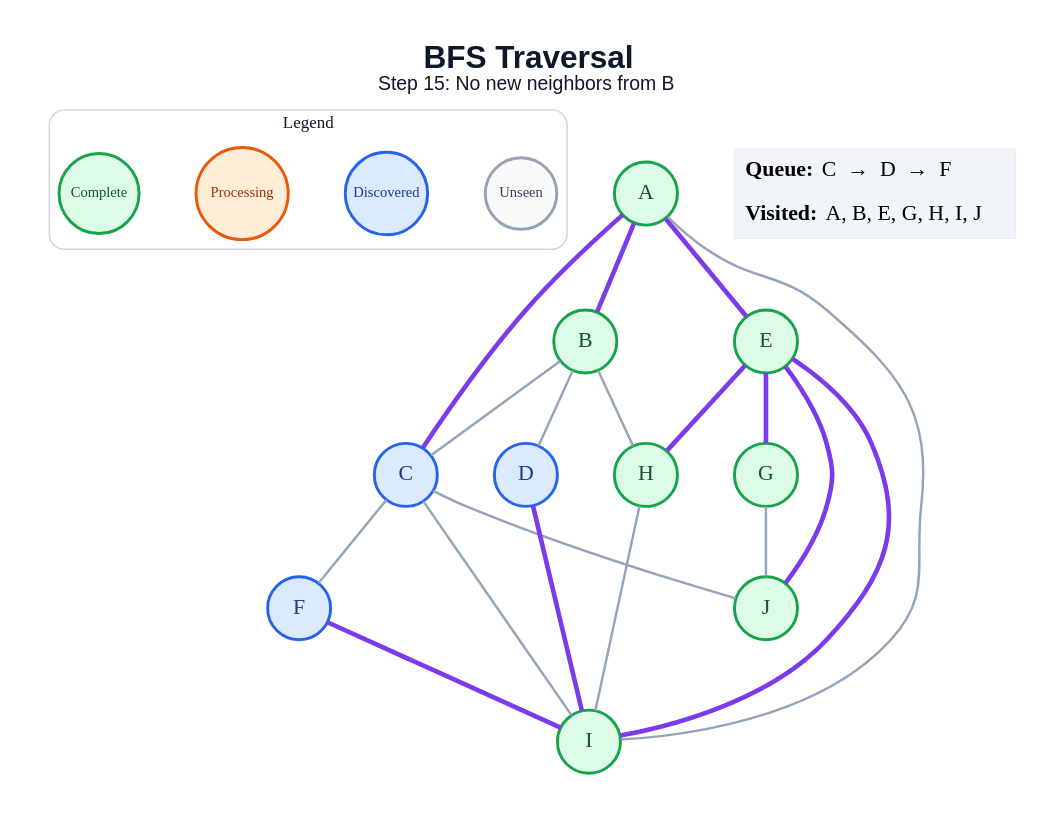
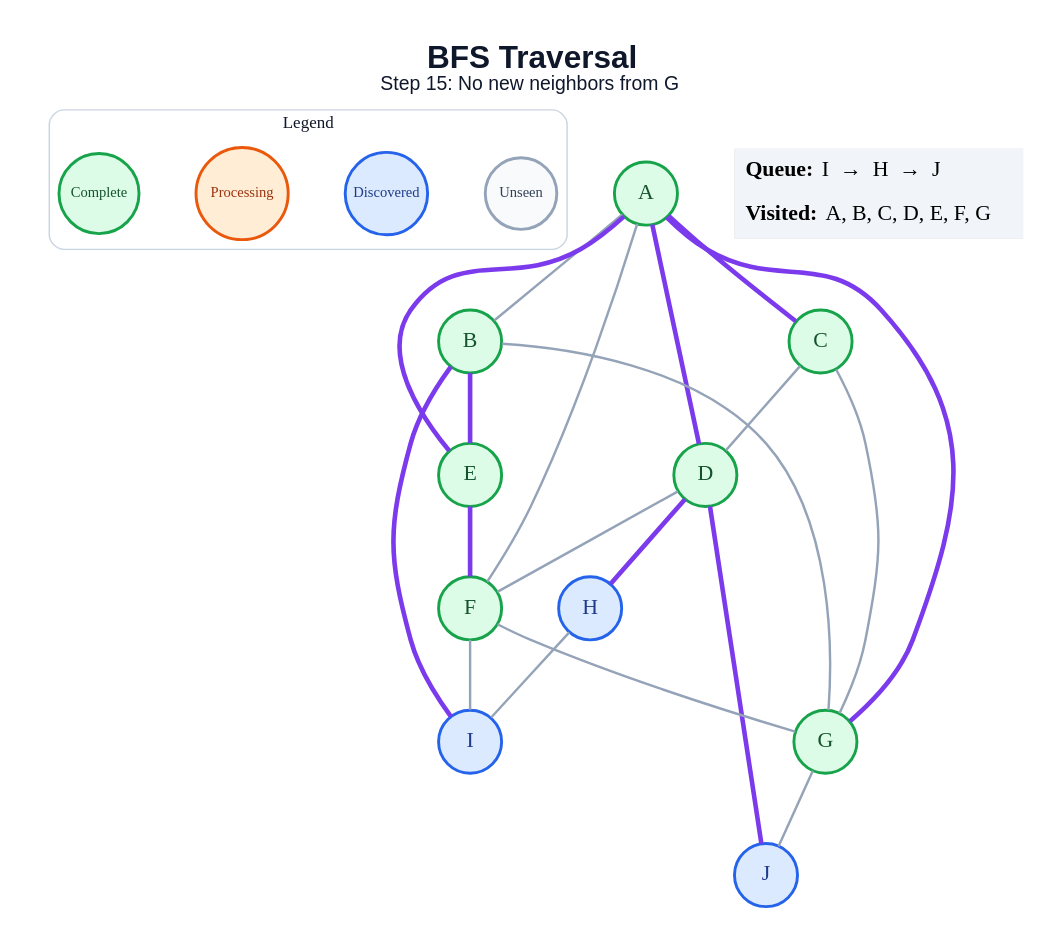
One commit to amanghodawala9/ai-slop changed the diagram in generated/specific-node/bfs/step_15.dot. Above: the diagram before and after it, drawn with Graphviz. The commit also changed 178 other files, not shown here.

```diff
--- a/generated/specific-node/bfs/step_15.dot
+++ b/generated/specific-node/bfs/step_15.dot
@@ -1,47 +1,48 @@
 graph traversal {
   graph [layout=dot, rankdir=TB, bgcolor="#FFFFFF", pad="0.35", nodesep="0.65", ranksep="0.8", fontname="Arial"];
   node [shape=circle, style="filled", fontname="Arial Bold", fontsize=18, width=0.72, fixedsize=true, penwidth=2.4];
   edge [color="#94A3B8", penwidth=2.0];
-  label=<<B>BFS Traversal</B><BR/><FONT POINT-SIZE="16">Step 15: No new neighbors from B</FONT>>; labelloc="t"; fontsize=26; fontname="Arial"; fontcolor="#0F172A";
+  label=<<B>BFS Traversal</B><BR/><FONT POINT-SIZE="16">Step 15: No new neighbors from G</FONT>>; labelloc="t"; fontsize=26; fontname="Arial"; fontcolor="#0F172A";
   subgraph cluster_legend { label="Legend"; color="#CBD5E1"; penwidth=1.2; style="rounded"; fontsize=14; fontname="Arial Bold";
     key_unseen [label="Unseen", fillcolor="#F8FAFC", color="#94A3B8", fontcolor="#334155", fontsize=12, width=0.82];
     key_frontier [label="Discovered", fillcolor="#DBEAFE", color="#2563EB", fontcolor="#1E3A8A", fontsize=12, width=0.95];
     key_current [label="Processing", fillcolor="#FFEDD5", color="#EA580C", fontcolor="#9A3412", fontsize=12, width=1.05];
     key_done [label="Complete", fillcolor="#DCFCE7", color="#16A34A", fontcolor="#14532D", fontsize=12, width=0.92];
     { rank=same; key_unseen; key_frontier; key_current; key_done; }
   }
   A [fillcolor="#DCFCE7", color="#16A34A", fontcolor="#14532D"];
   B [fillcolor="#DCFCE7", color="#16A34A", fontcolor="#14532D"];
-  C [fillcolor="#DBEAFE", color="#2563EB", fontcolor="#1E3A8A"];
-  D [fillcolor="#DBEAFE", color="#2563EB", fontcolor="#1E3A8A"];
+  C [fillcolor="#DCFCE7", color="#16A34A", fontcolor="#14532D"];
+  D [fillcolor="#DCFCE7", color="#16A34A", fontcolor="#14532D"];
   E [fillcolor="#DCFCE7", color="#16A34A", fontcolor="#14532D"];
-  F [fillcolor="#DBEAFE", color="#2563EB", fontcolor="#1E3A8A"];
+  F [fillcolor="#DCFCE7", color="#16A34A", fontcolor="#14532D"];
   G [fillcolor="#DCFCE7", color="#16A34A", fontcolor="#14532D"];
-  H [fillcolor="#DCFCE7", color="#16A34A", fontcolor="#14532D"];
-  I [fillcolor="#DCFCE7", color="#16A34A", fontcolor="#14532D"];
-  J [fillcolor="#DCFCE7", color="#16A34A", fontcolor="#14532D"];
-  A -- B [color="#7C3AED", penwidth=3.8];
+  H [fillcolor="#DBEAFE", color="#2563EB", fontcolor="#1E3A8A"];
+  I [fillcolor="#DBEAFE", color="#2563EB", fontcolor="#1E3A8A"];
+  J [fillcolor="#DBEAFE", color="#2563EB", fontcolor="#1E3A8A"];
+  A -- B;
   A -- C [color="#7C3AED", penwidth=3.8];
+  A -- D [color="#7C3AED", penwidth=3.8];
   A -- E [color="#7C3AED", penwidth=3.8];
-  A -- I;
-  B -- C;
-  B -- D;
-  B -- H;
-  C -- F;
-  C -- I;
-  C -- J;
-  D -- I [color="#7C3AED", penwidth=3.8];
-  E -- G [color="#7C3AED", penwidth=3.8];
-  E -- H [color="#7C3AED", penwidth=3.8];
-  E -- I [color="#7C3AED", penwidth=3.8];
-  E -- J [color="#7C3AED", penwidth=3.8];
-  F -- I [color="#7C3AED", penwidth=3.8];
+  A -- F;
+  A -- G [color="#7C3AED", penwidth=3.8];
+  B -- E [color="#7C3AED", penwidth=3.8];
+  B -- G;
+  B -- I [color="#7C3AED", penwidth=3.8];
+  C -- D;
+  C -- G;
+  D -- F;
+  D -- H [color="#7C3AED", penwidth=3.8];
+  D -- J [color="#7C3AED", penwidth=3.8];
+  E -- F [color="#7C3AED", penwidth=3.8];
+  F -- G;
+  F -- I;
   G -- J;
   H -- I;
   status [shape=plain, fixedsize=false, width=0, height=0, margin=0, label=<
     <TABLE BORDER="0" CELLBORDER="0" CELLPADDING="7" BGCOLOR="#F1F5F9">
-      <TR><TD ALIGN="LEFT"><B>Queue:</B> C  →  D  →  F</TD></TR>
-      <TR><TD ALIGN="LEFT"><B>Visited:</B> A, B, E, G, H, I, J</TD></TR>
+      <TR><TD ALIGN="LEFT"><B>Queue:</B> I  →  H  →  J</TD></TR>
+      <TR><TD ALIGN="LEFT"><B>Visited:</B> A, B, C, D, E, F, G</TD></TR>
     </TABLE>
   >];
 }
```
